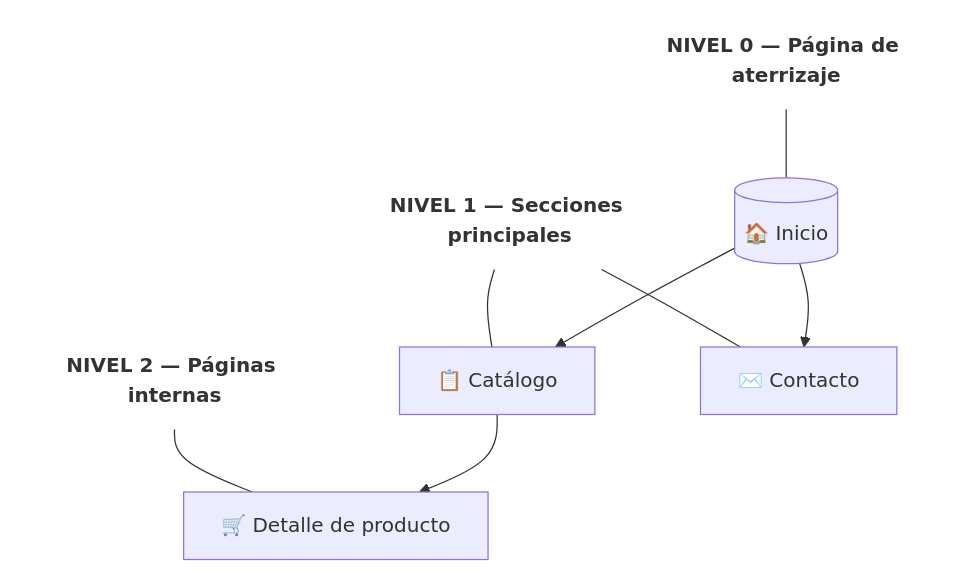
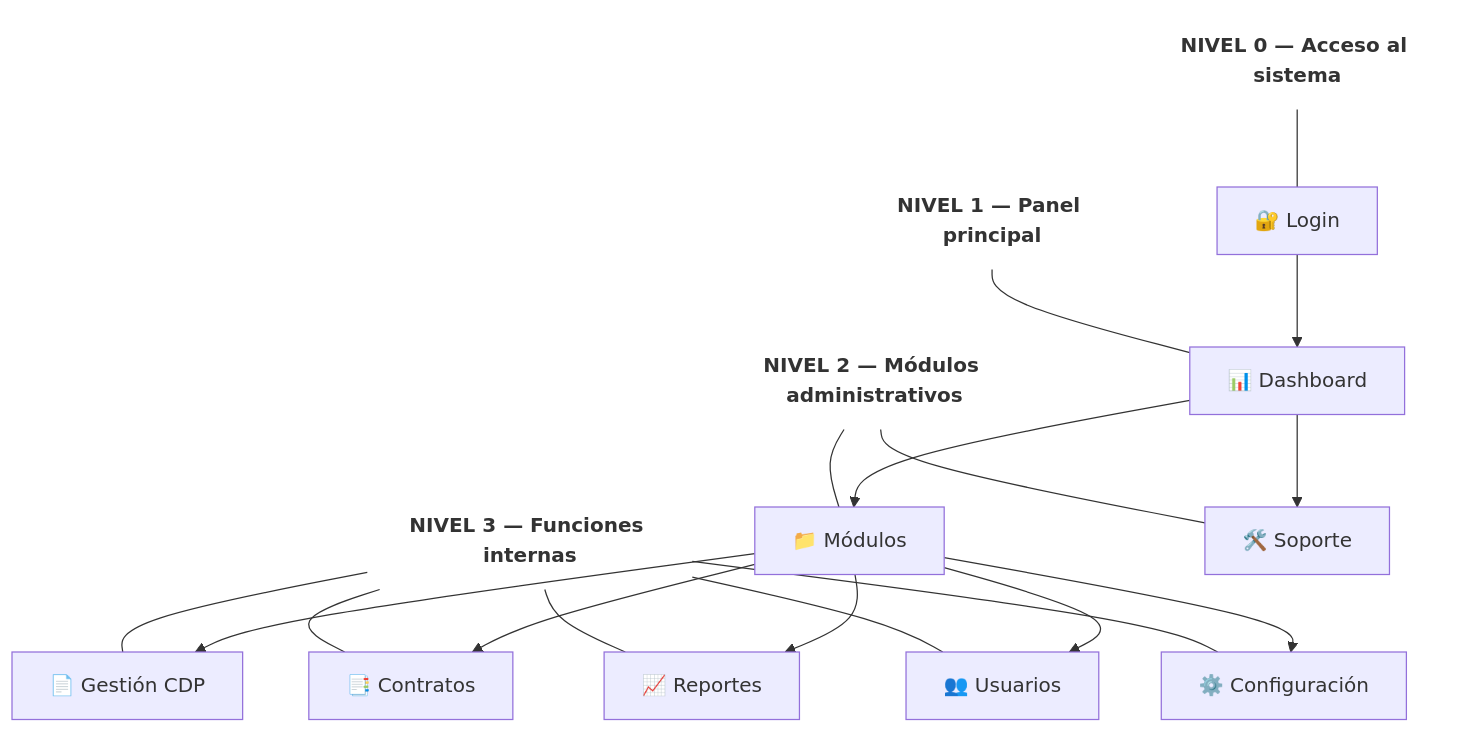
Before and after one commit to IsaacPetro/mini-sitio-adso: the second of 3 diagrams in docs/mapa-navegacion.md, drawn with Mermaid. The commit also changed other lines of this file and 8 other files, not shown here.

````diff
--- a/docs/mapa-navegacion.md
+++ b/docs/mapa-navegacion.md
@@ -43,21 +54,39 @@
 ```mermaid
 flowchart TB
-  N0["NIVEL 0 — Página de aterrizaje"]
-  N1["NIVEL 1 — Secciones principales"]
-  N2["NIVEL 2 — Páginas internas"]
 
-  N0 --- HOME[("🏠 Inicio")]
+  N0["NIVEL 0 — Acceso al sistema"]
 
-  N1 --- CAT["📋 Catálogo"]
-  N1 --- CON["✉️ Contacto"]
+  N1["NIVEL 1 — Panel principal"]
 
-  N2 --- DET["🛒 Detalle de producto"]
+  N2["NIVEL 2 — Módulos administrativos"]
 
-  HOME --> CAT
-  HOME --> CON
-  CAT --> DET
+  N3["NIVEL 3 — Funciones internas"]
+
+  N0 --- LOGIN["🔐 Login"]
+
+  N1 --- DASH["📊 Dashboard"]
+
+  N2 --- MOD["📁 Módulos"]
+  N2 --- SOP["🛠️ Soporte"]
+
+  N3 --- CDP["📄 Gestión CDP"]
+  N3 --- CON["📑 Contratos"]
+  N3 --- REP["📈 Reportes"]
+  N3 --- USR["👥 Usuarios"]
+  N3 --- CFG["⚙️ Configuración"]
+
+  LOGIN --> DASH
+  DASH --> MOD
+  DASH --> SOP
+
+  MOD --> CDP
+  MOD --> CON
+  MOD --> REP
+  MOD --> USR
+  MOD --> CFG
 
   style N0 fill:none,stroke:none,font-weight:bold
   style N1 fill:none,stroke:none,font-weight:bold
   style N2 fill:none,stroke:none,font-weight:bold
+  style N3 fill:none,stroke:none,font-weight:bold
 ```
````
